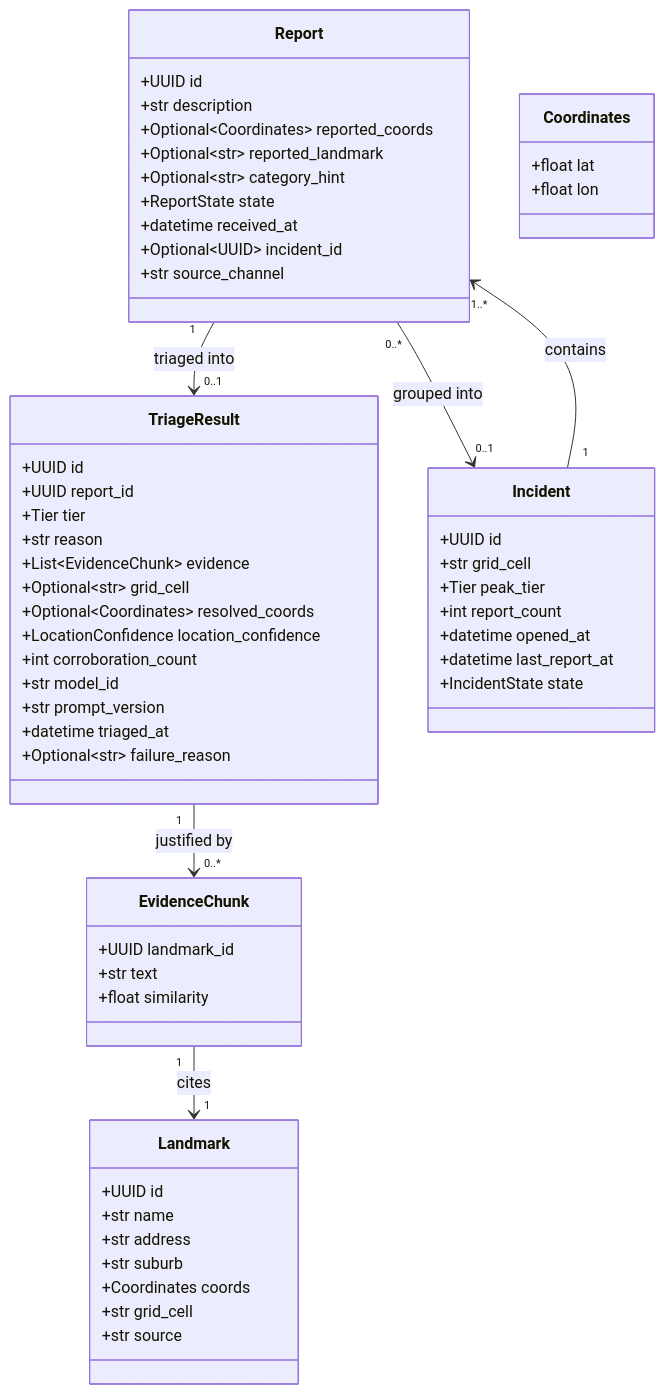
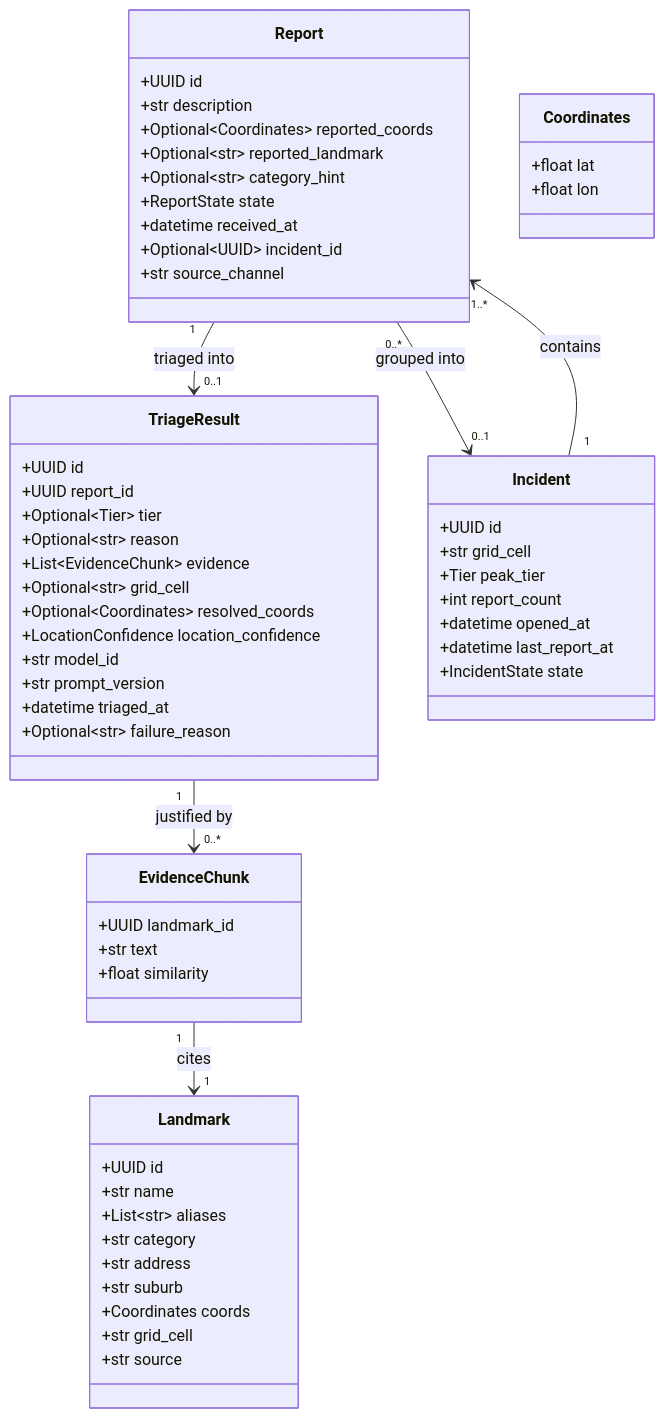
One commit to Katlego-tech/Grid-Lock changed the first of 3 diagrams in docs/design/domain-model.md. Above: the diagram before and after it, drawn with Mermaid. The commit also changed other lines of this file and 4 other files, not shown here.

````diff
--- a/docs/design/domain-model.md
+++ b/docs/design/domain-model.md
@@ -34,67 +34,68 @@
 ```mermaid
 classDiagram
     class Report {
         +UUID id
         +str description
         +Optional~Coordinates~ reported_coords
         +Optional~str~ reported_landmark
         +Optional~str~ category_hint
         +ReportState state
         +datetime received_at
         +Optional~UUID~ incident_id
         +str source_channel
     }
 
     class TriageResult {
         +UUID id
         +UUID report_id
-        +Tier tier
-        +str reason
+        +Optional~Tier~ tier
+        +Optional~str~ reason
         +List~EvidenceChunk~ evidence
         +Optional~str~ grid_cell
         +Optional~Coordinates~ resolved_coords
         +LocationConfidence location_confidence
-        +int corroboration_count
         +str model_id
         +str prompt_version
         +datetime triaged_at
         +Optional~str~ failure_reason
     }
 
     class Incident {
         +UUID id
         +str grid_cell
         +Tier peak_tier
         +int report_count
         +datetime opened_at
         +datetime last_report_at
         +IncidentState state
     }
 
     class Landmark {
         +UUID id
         +str name
+        +List~str~ aliases
+        +str category
         +str address
         +str suburb
         +Coordinates coords
         +str grid_cell
         +str source
     }
 
     class EvidenceChunk {
         +UUID landmark_id
         +str text
         +float similarity
     }
 
     class Coordinates {
         +float lat
         +float lon
     }
 
     Report "1" --> "0..1" TriageResult : triaged into
     Report "0..*" --> "0..1" Incident : grouped into
     TriageResult "1" --> "0..*" EvidenceChunk : justified by
     EvidenceChunk "1" --> "1" Landmark : cites
     Incident "1" --> "1..*" Report : contains
 ```
````
